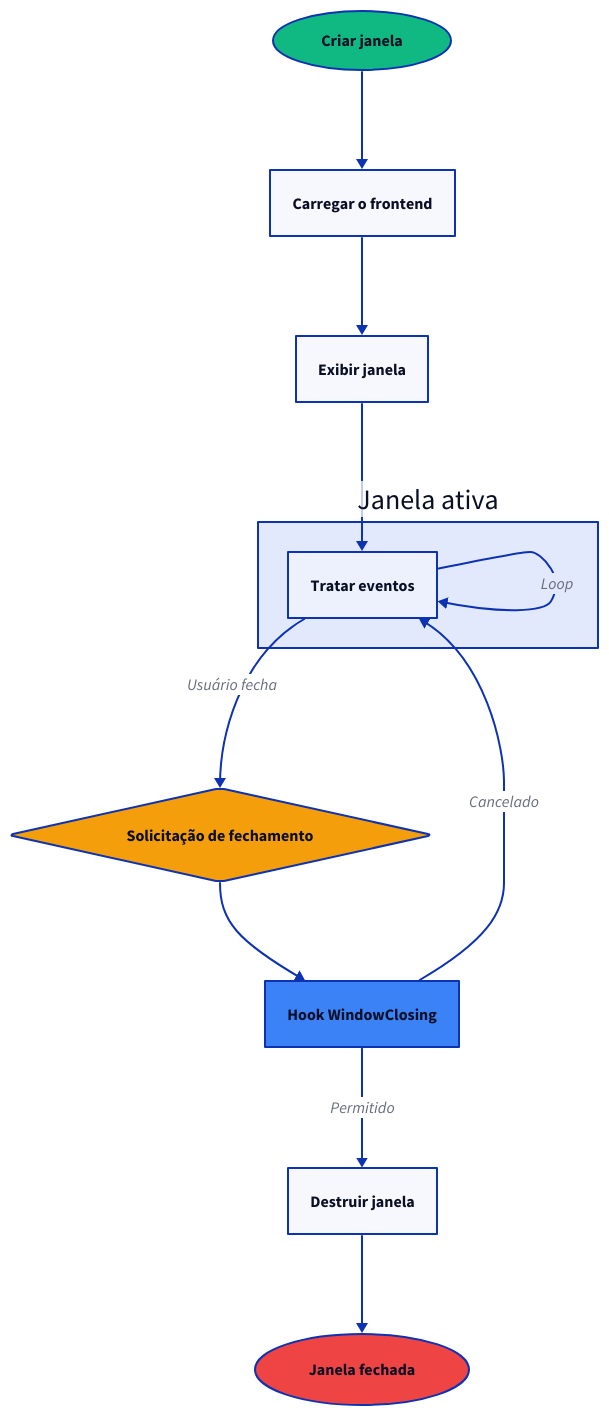
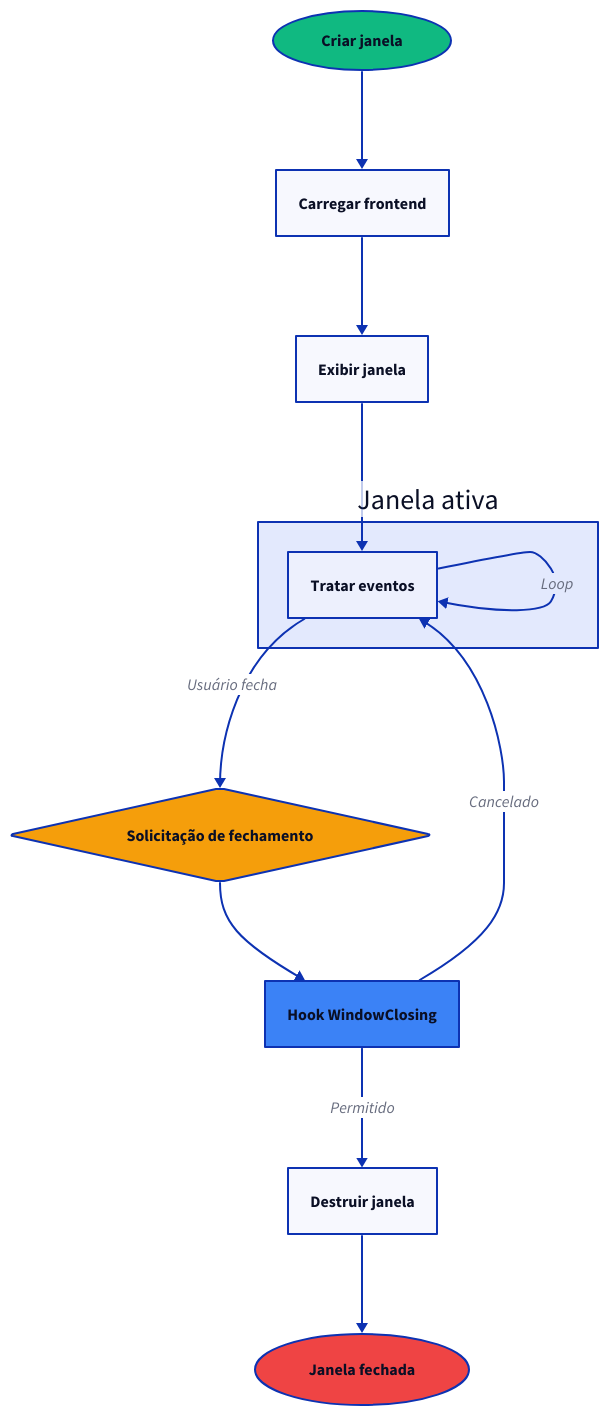
One commit to wailsapp/wails changed the second of 2 diagrams in docs/mpress/content/pt/concepts/lifecycle.md. Above: the diagram before and after it, drawn with D2. The commit also changed other lines of this file and 1096 other files, not shown here.

````diff
--- a/docs/mpress/content/pt/concepts/lifecycle.md
+++ b/docs/mpress/content/pt/concepts/lifecycle.md
@@ -451,51 +451,51 @@
 ```d2
 direction: down
 
 Create: Criar janela {
   shape: oval
   style.fill: "#10B981"
 }
 
-Load: Carregar o frontend {
+Load: Carregar frontend {
   shape: rectangle
 }
 
 Show: Exibir janela {
   shape: rectangle
 }
 
 Active: Janela ativa {
   Events: Tratar eventos {
     shape: rectangle
   }
 }
 
 CloseRequest: Solicitação de fechamento {
   shape: diamond
   style.fill: "#F59E0B"
 }
 
 Hook: Hook WindowClosing {
   shape: rectangle
   style.fill: "#3B82F6"
 }
 
 Destroy: Destruir janela {
   shape: rectangle
 }
 
 End: Janela fechada {
   shape: oval
   style.fill: "#EF4444"
 }
 
 Create -> Load
 Load -> Show
 Show -> Active.Events
 Active.Events -> Active.Events: Loop
 Active.Events -> CloseRequest: Usuário fecha
 CloseRequest -> Hook
 Hook -> Active.Events: Cancelado
 Hook -> Destroy: Permitido
 Destroy -> End
 ```
````
